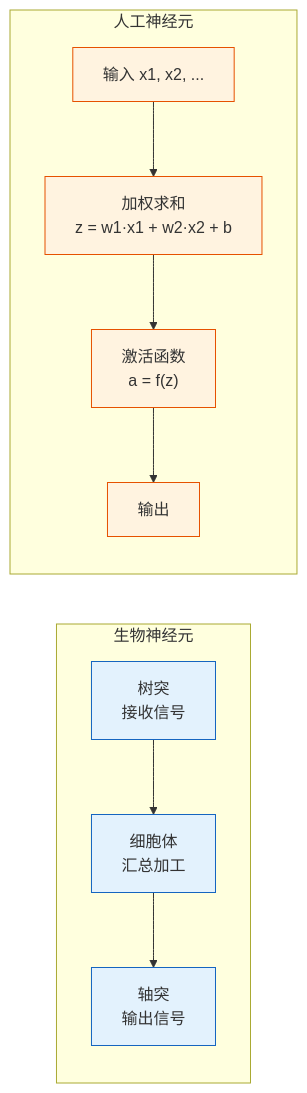
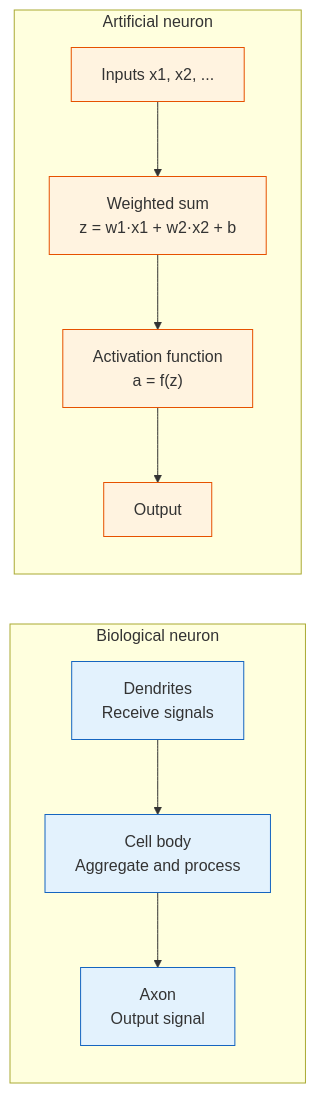
Before and after one commit to oudbiao/AI-fullstack-course: the third of 5 diagrams in docs/ch06-deep-learning/ch01-nn-basics/01-neurons-activation.md, drawn with Mermaid. The commit also changed other lines of this file and 1406 other files, not shown here.

````diff
--- a/docs/ch06-deep-learning/ch01-nn-basics/01-neurons-activation.md
+++ b/docs/ch06-deep-learning/ch01-nn-basics/01-neurons-activation.md
@@ -135,20 +135,20 @@
 ```mermaid
 flowchart LR
-    subgraph BIO["生物神经元"]
-        D["树突<br/>接收信号"] --> S["细胞体<br/>汇总加工"]
-        S --> A["轴突<br/>输出信号"]
+    subgraph BIO["Biological neuron"]
+        D["Dendrites<br/>Receive signals"] --> S["Cell body<br/>Aggregate and process"]
+        S --> A["Axon<br/>Output signal"]
     end
-    subgraph ART["人工神经元"]
-        X["输入 x1, x2, ..."] --> W["加权求和<br/>z = w1·x1 + w2·x2 + b"]
-        W --> ACT["激活函数<br/>a = f(z)"]
-        ACT --> O["输出"]
+    subgraph ART["Artificial neuron"]
+        X["Inputs x1, x2, ..."] --> W["Weighted sum<br/>z = w1·x1 + w2·x2 + b"]
+        W --> ACT["Activation function<br/>a = f(z)"]
+        ACT --> O["Output"]
     end
 
     style D fill:#e3f2fd,stroke:#1565c0,color:#333
     style S fill:#e3f2fd,stroke:#1565c0,color:#333
     style A fill:#e3f2fd,stroke:#1565c0,color:#333
     style X fill:#fff3e0,stroke:#e65100,color:#333
     style W fill:#fff3e0,stroke:#e65100,color:#333
     style ACT fill:#fff3e0,stroke:#e65100,color:#333
     style O fill:#fff3e0,stroke:#e65100,color:#333
 ```
````
